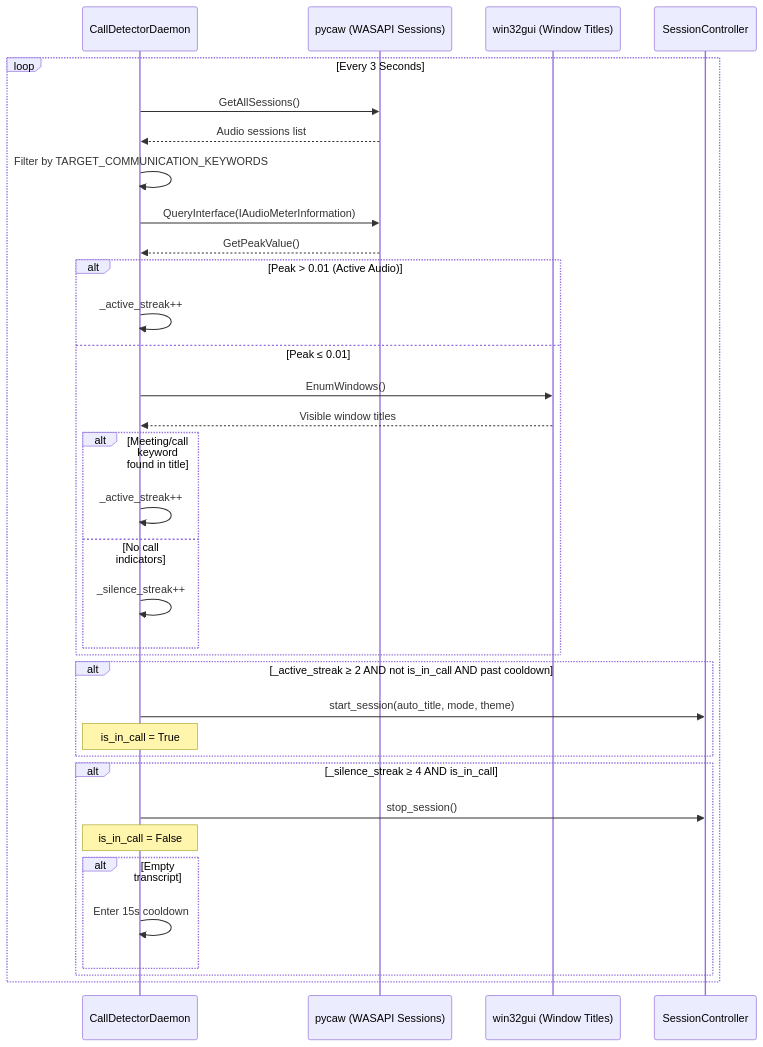
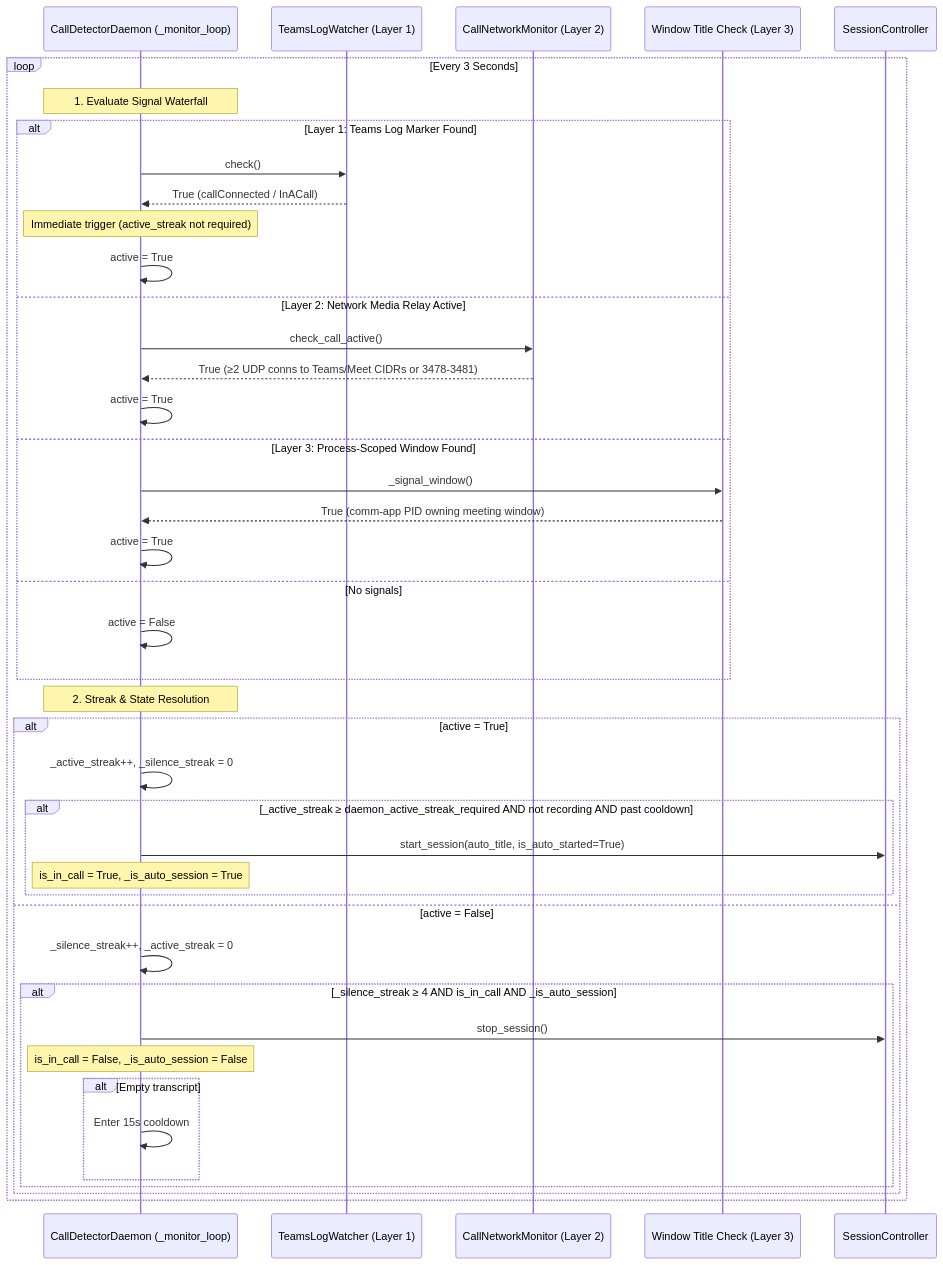
Before and after one commit to vachaspativ/NoteFlow: the fifth of 13 diagrams in noteflow_architecture.md, drawn with Mermaid. The commit also changed other lines of this file, not shown here.

Commit message:
docs: update architecture documentation to include Ranked Signal Waterfall, Map-Reduce AI pipelines, and extended daemon monitoring modules.

````diff
--- a/noteflow_architecture.md
+++ b/noteflow_architecture.md
@@ -282,41 +302,48 @@
 ```mermaid
 sequenceDiagram
-    participant Daemon as CallDetectorDaemon
-    participant WASAPI as pycaw (WASAPI Sessions)
-    participant Win32 as win32gui (Window Titles)
+    participant Daemon as CallDetectorDaemon (_monitor_loop)
+    participant Log as TeamsLogWatcher (Layer 1)
+    participant Net as CallNetworkMonitor (Layer 2)
+    participant Win32 as Window Title Check (Layer 3)
     participant Ctrl as SessionController
 
     loop Every 3 Seconds
-        Daemon->>WASAPI: GetAllSessions()
-        WASAPI-->>Daemon: Audio sessions list
-        Daemon->>Daemon: Filter by TARGET_COMMUNICATION_KEYWORDS
-        Daemon->>WASAPI: QueryInterface(IAudioMeterInformation)
-        WASAPI-->>Daemon: GetPeakValue()
-
-        alt Peak > 0.01 (Active Audio)
-            Daemon->>Daemon: _active_streak++
-        else Peak ≤ 0.01
-            Daemon->>Win32: EnumWindows()
-            Win32-->>Daemon: Visible window titles
-
-            alt Meeting/call keyword found in title
-                Daemon->>Daemon: _active_streak++
-            else No call indicators
-                Daemon->>Daemon: _silence_streak++
-            end
+        Note over Daemon: 1. Evaluate Signal Waterfall
+        
+        alt Layer 1: Teams Log Marker Found
+            Daemon->>Log: check()
+            Log-->>Daemon: True (callConnected / InACall)
+            Note over Daemon: Immediate trigger (active_streak not required)
+            Daemon->>Daemon: active = True
+        else Layer 2: Network Media Relay Active
+            Daemon->>Net: check_call_active()
+            Net-->>Daemon: True (≥2 UDP conns to Teams/Meet CIDRs or 3478-3481)
+            Daemon->>Daemon: active = True
+        else Layer 3: Process-Scoped Window Found
+            Daemon->>Win32: _signal_window()
+            Win32-->>Daemon: True (comm-app PID owning meeting window)
+            Daemon->>Daemon: active = True
+        else No signals
+            Daemon->>Daemon: active = False
         end
 
-        alt _active_streak ≥ 2 AND not is_in_call AND past cooldown
-            Daemon->>Ctrl: start_session(auto_title, mode, theme)
-            Note over Daemon: is_in_call = True
-        end
+        Note over Daemon: 2. Streak & State Resolution
 
-        alt _silence_streak ≥ 4 AND is_in_call
-            Daemon->>Ctrl: stop_session()
-            Note over Daemon: is_in_call = False
-            alt Empty transcript
-                Daemon->>Daemon: Enter 15s cooldown
+        alt active = True
+            Daemon->>Daemon: _active_streak++, _silence_streak = 0
+            alt _active_streak ≥ daemon_active_streak_required AND not recording AND past cooldown
+                Daemon->>Ctrl: start_session(auto_title, is_auto_started=True)
+                Note over Daemon: is_in_call = True, _is_auto_session = True
+            end
+        else active = False
+            Daemon->>Daemon: _silence_streak++, _active_streak = 0
+            alt _silence_streak ≥ 4 AND is_in_call AND _is_auto_session
+                Daemon->>Ctrl: stop_session()
+                Note over Daemon: is_in_call = False, _is_auto_session = False
+                alt Empty transcript
+                    Daemon->>Daemon: Enter 15s cooldown
+                end
             end
         end
     end
 ```
````
